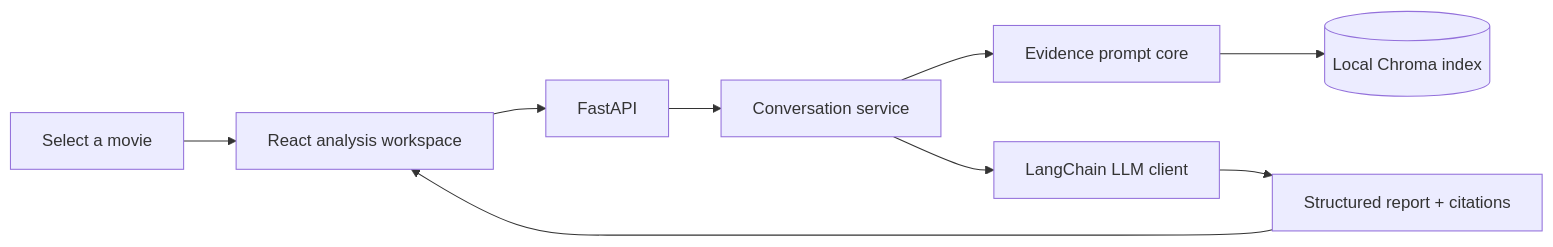
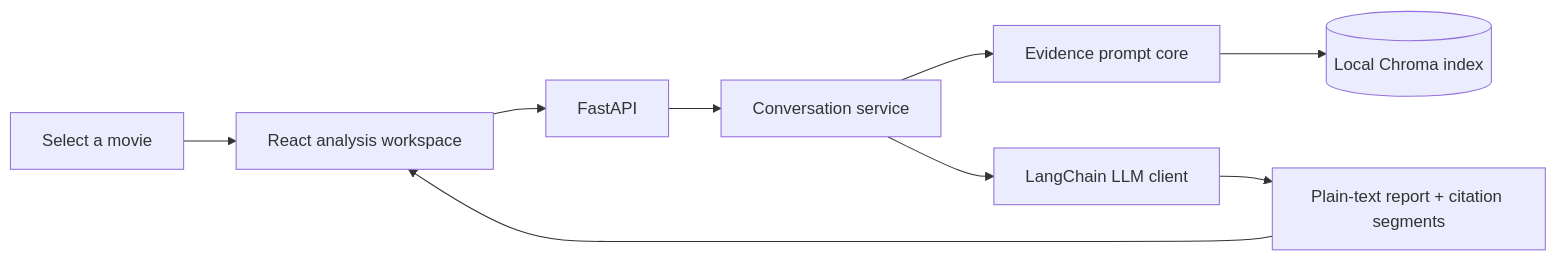
Before and after one commit to hoppee21/movie-review-divergence-agent: the diagram in README.md, drawn with Mermaid. The commit also changed other lines of this file and 13 other files, not shown here.

````diff
--- a/README.md
+++ b/README.md
@@ -63,11 +63,11 @@
 ```mermaid
 flowchart LR
     USER["Select a movie"] --> UI["React analysis workspace"]
     UI --> API["FastAPI"]
     API --> CHAT["Conversation service"]
     CHAT --> CORE["Evidence prompt core"]
     CORE --> CHROMA[("Local Chroma index")]
     CHAT --> LLM["LangChain LLM client"]
-    LLM --> REPORT["Structured report + citations"]
+    LLM --> REPORT["Plain-text report + citation segments"]
     REPORT --> UI
 ```
````
